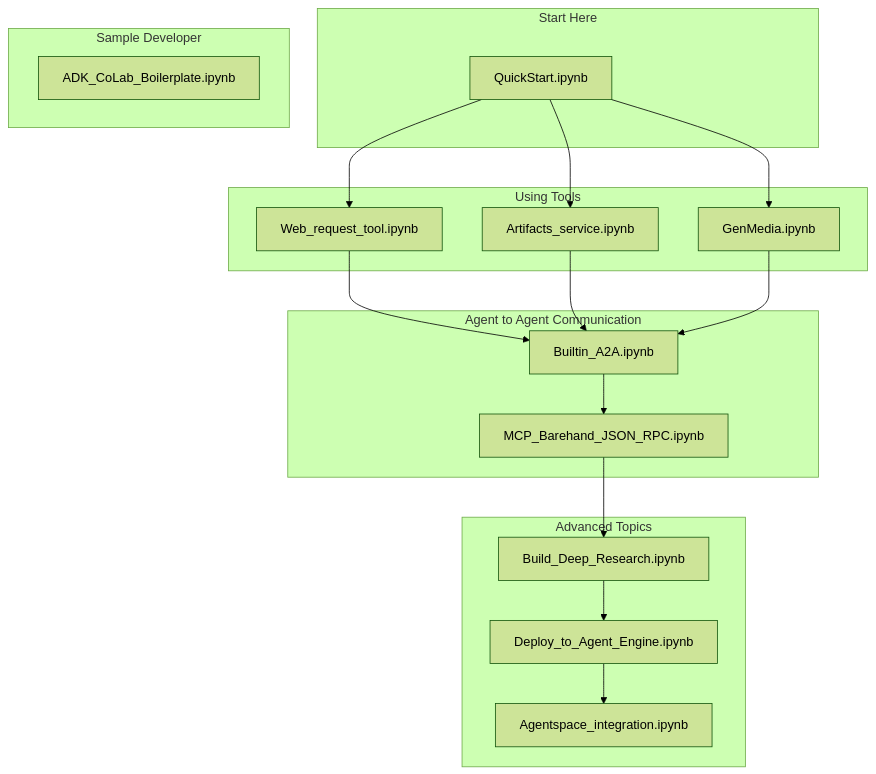
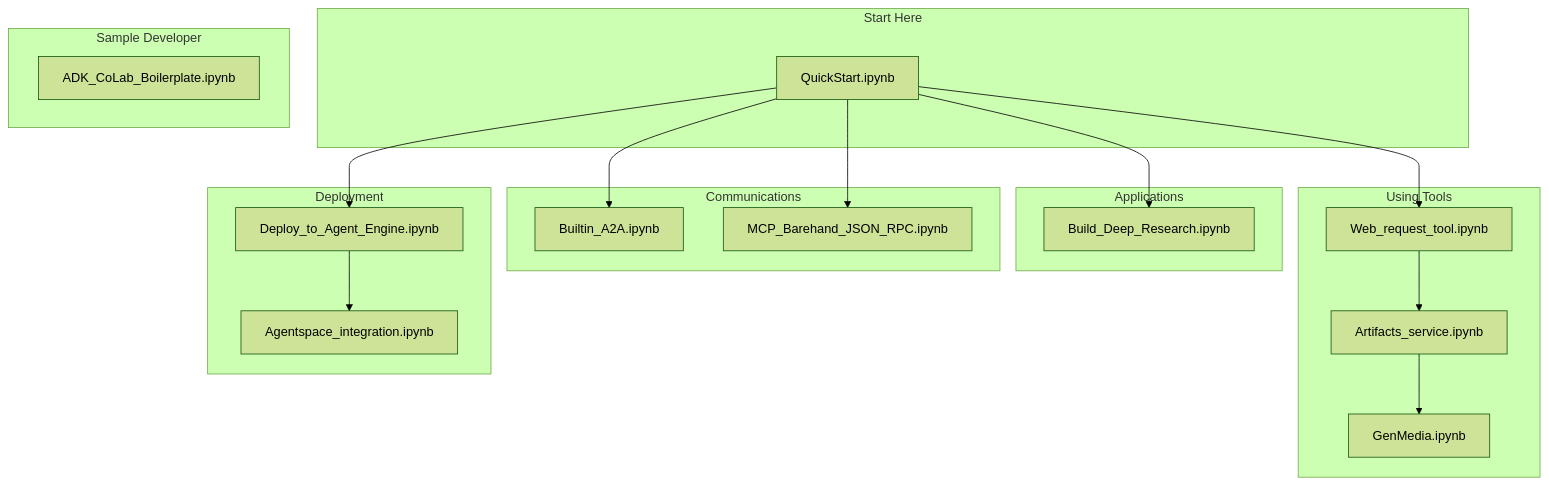
Before and after one commit to hupili/google-adk-101: the diagram in README.md, drawn with Mermaid (forest theme).

Commit message:
update graph

````diff
--- a/README.md
+++ b/README.md
@@ -25,38 +25,39 @@
 ```mermaid
 graph TD
     subgraph "Start Here"
         A[QuickStart.ipynb]
     end
 
     subgraph "Sample Developer"
         B[ADK_CoLab_Boilerplate.ipynb]
     end
 
+    subgraph "Applications"
+        H[Build_Deep_Research.ipynb]
+    end
+
     subgraph "Using Tools"
         C[Web_request_tool.ipynb]
         D[Artifacts_service.ipynb]
         E[GenMedia.ipynb]
     end
 
-    subgraph "Agent to Agent Communication"
+    subgraph "Communications"
         F[Builtin_A2A.ipynb]
         G[MCP_Barehand_JSON_RPC.ipynb]
     end
 
-    subgraph "Advanced Topics"
-        H[Build_Deep_Research.ipynb]
+    subgraph "Deployment"
         I[Deploy_to_Agent_Engine.ipynb]
         J[Agentspace_integration.ipynb]
     end
 
+    A --> H;
     A --> C;
-    A --> D;
-    A --> E;
-    C --> F;
-    D --> F;
-    E --> F;
-    F --> G;
-    G --> H;
-    H --> I;
+    A --> F;
+    A --> G;
+    A --> I;
+    C --> D;
+    D --> E;
     I --> J;
 ```
````
